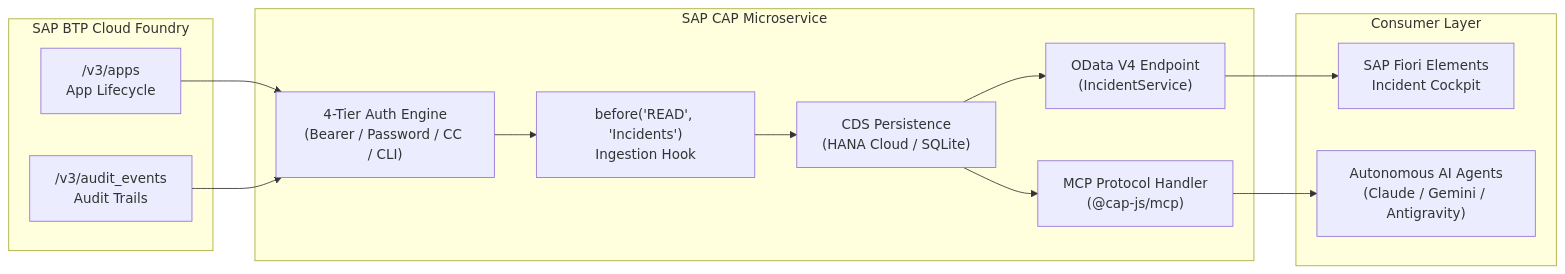
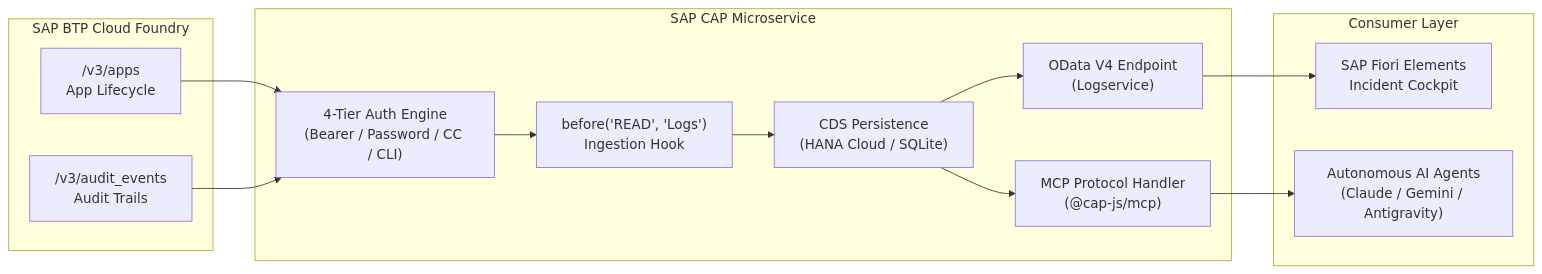
Before and after one commit to shubhamkarnalkar/sap-btp-cf-log-trace-agent: the second of 3 diagrams in PRESENTATION.md, drawn with Mermaid. The commit also changed other lines of this file and 34 other files, not shown here.

Commit message:
refactor: rename incident entities to logs and add MCP diagnosis scripts and agent skills

````diff
--- a/PRESENTATION.md
+++ b/PRESENTATION.md
@@ -106,29 +106,29 @@
 ```mermaid
 flowchart LR
     subgraph SAP BTP Cloud Foundry
         CF_APPS["/v3/apps<br/>App Lifecycle"]
         CF_AUDIT["/v3/audit_events<br/>Audit Trails"]
     end
 
     subgraph cf-log-trace-agent [SAP CAP Microservice]
         AUTH["4-Tier Auth Engine<br/>(Bearer / Password / CC / CLI)"]
-        HOOK["before('READ', 'Incidents')<br/>Ingestion Hook"]
+        HOOK["before('READ', 'Logs')<br/>Ingestion Hook"]
         CDS["CDS Persistence<br/>(HANA Cloud / SQLite)"]
         MCP_SRV["MCP Protocol Handler<br/>(@cap-js/mcp)"]
-        ODATA["OData V4 Endpoint<br/>(IncidentService)"]
+        ODATA["OData V4 Endpoint<br/>(Logservice)"]
     end
 
     subgraph Consumer Layer
         FIORI["SAP Fiori Elements<br/>Incident Cockpit"]
         AI_AGENTS["Autonomous AI Agents<br/>(Claude / Gemini / Antigravity)"]
     end
 
     CF_APPS --> AUTH
     CF_AUDIT --> AUTH
     AUTH --> HOOK
     HOOK --> CDS
     CDS --> ODATA
     CDS --> MCP_SRV
     ODATA --> FIORI
     MCP_SRV --> AI_AGENTS
 ```
````
